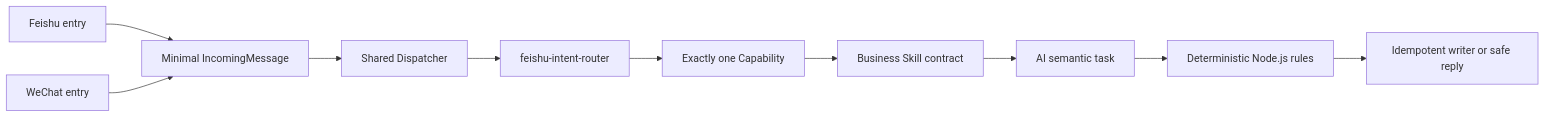
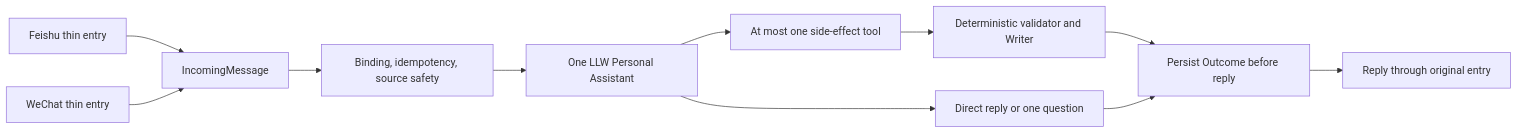
One commit to ccrt26/llw-feishu-daily-work changed the diagram in README.md. Above: the diagram before and after it, drawn with Mermaid. The commit also changed other lines of this file and 1 other file, not shown here.

Commit message:
docs: describe the V4.0.1 production architecture

````diff
--- a/README.md
+++ b/README.md
@@ -30,12 +25,13 @@
 ```mermaid
 flowchart LR
-  F["Feishu entry"] --> N["Minimal IncomingMessage"]
-  W["WeChat entry"] --> N
-  N --> D["Shared Dispatcher"]
-  D --> R["feishu-intent-router"]
-  R --> C["Exactly one Capability"]
-  C --> S["Business Skill contract"]
-  S --> A["AI semantic task"]
-  A --> P["Deterministic Node.js rules"]
-  P --> X["Idempotent writer or safe reply"]
+  F["Feishu thin entry"] --> I["IncomingMessage"]
+  W["WeChat thin entry"] --> I
+  I --> S["Binding, idempotency, source safety"]
+  S --> A["One LLW Personal Assistant"]
+  A --> R["Direct reply or one question"]
+  A --> T["At most one side-effect tool"]
+  T --> X["Deterministic validator and Writer"]
+  X --> O["Persist Outcome before reply"]
+  R --> O
+  O --> P["Reply through original entry"]
 ```
````
